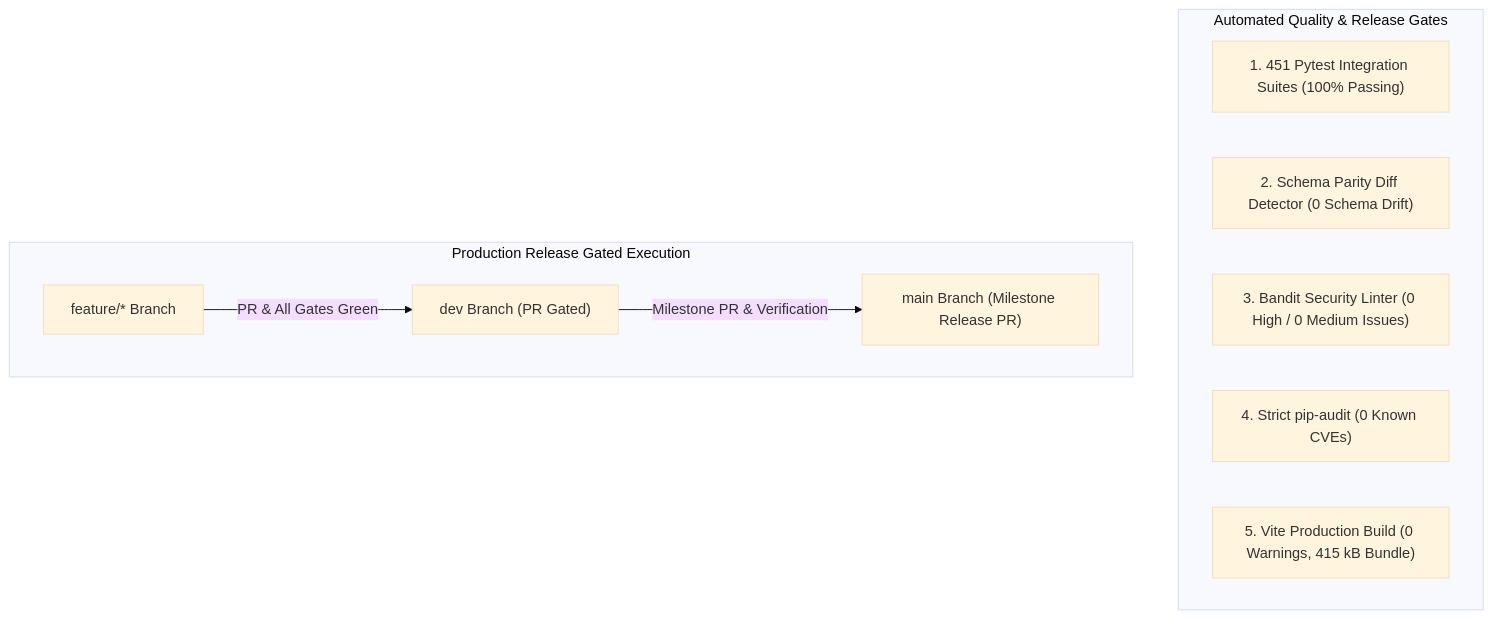
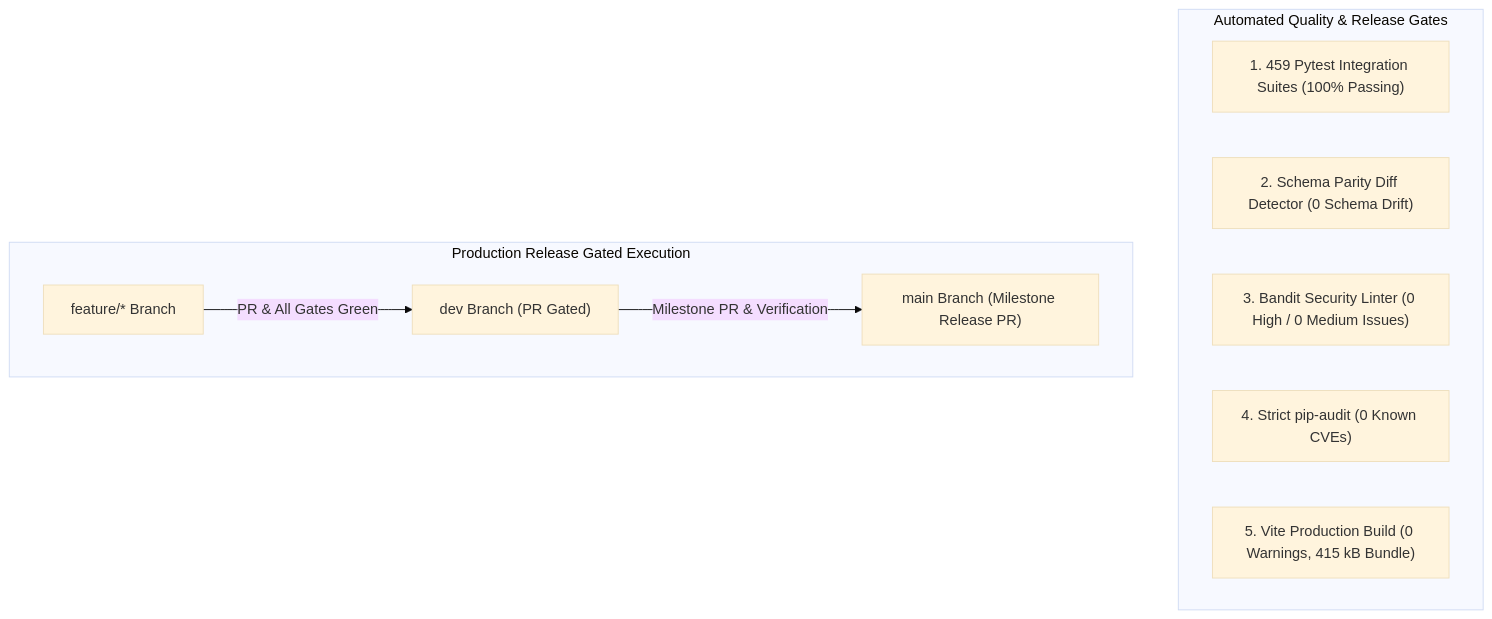
One commit to Perseus37/avinya_hms_v1 changed the diagram in docs/complete_guide/10_TESTING_QA_AND_RELEASE_GOVERNANCE.md. Above: the diagram before and after it, drawn with Mermaid (base theme). The commit also changed other lines of this file and 14 other files, not shown here.

````diff
--- a/docs/complete_guide/10_TESTING_QA_AND_RELEASE_GOVERNANCE.md
+++ b/docs/complete_guide/10_TESTING_QA_AND_RELEASE_GOVERNANCE.md
@@ -16,18 +16,18 @@
 ```mermaid
 flowchart TD
     subgraph GATES["Automated Quality & Release Gates"]
-        PYTEST["1. 451 Pytest Integration Suites (100% Passing)"]
+        PYTEST["1. 459 Pytest Integration Suites (100% Passing)"]
         DIFF["2. Schema Parity Diff Detector (0 Schema Drift)"]
         BANDIT["3. Bandit Security Linter (0 High / 0 Medium Issues)"]
         AUDIT["4. Strict pip-audit (0 Known CVEs)"]
         BUILD["5. Vite Production Build (0 Warnings, 415 kB Bundle)"]
     end
 
     subgraph RELEASE["Production Release Gated Execution"]
         FEATURE["feature/* Branch"]
         DEV["dev Branch (PR Gated)"]
         MAIN["main Branch (Milestone Release PR)"]
     end
 
     FEATURE -->|PR & All Gates Green| DEV -->|Milestone PR & Verification| MAIN
 ```
````
